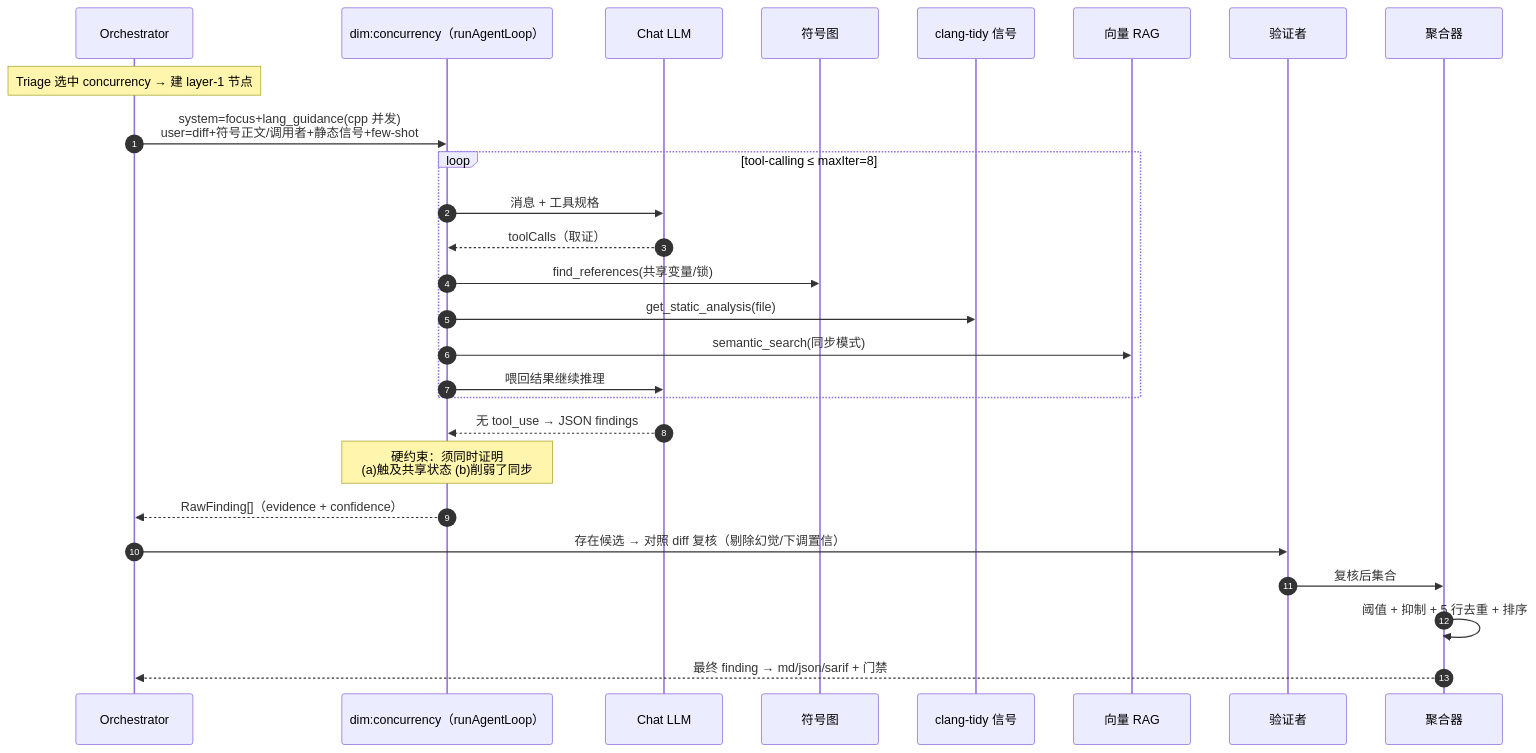
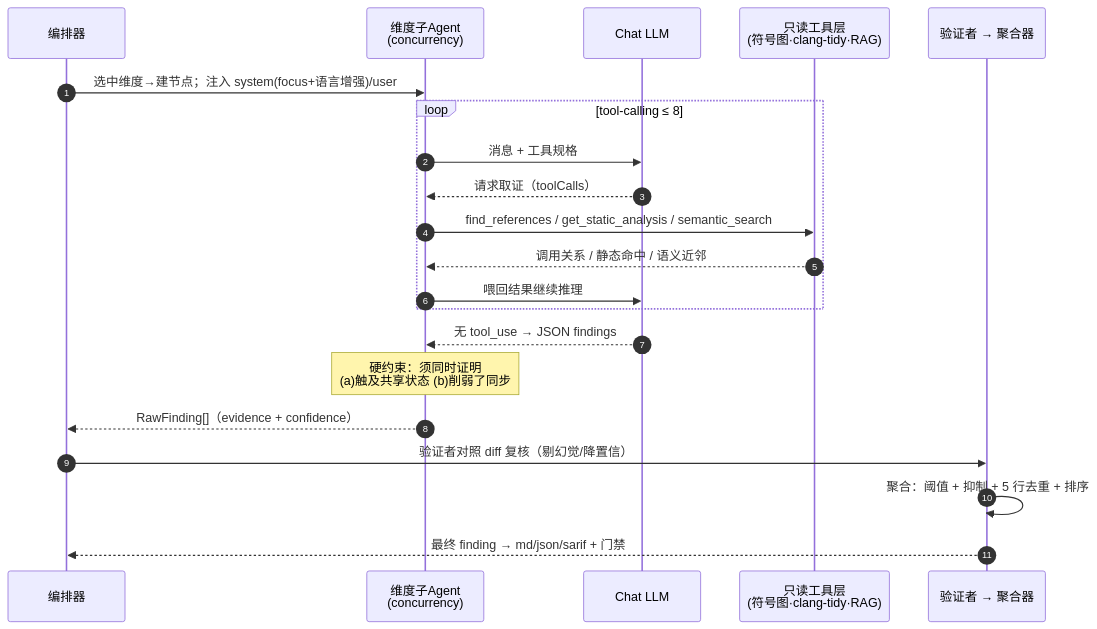
The second of 2 diagrams in book/chapters/08-tools-verifier-aggregator.md (kavinChan13/reviewforge), drawn with Mermaid before and after one commit. The commit also changed 3 other files, not shown here.

Commit message:
docs(book): slim wide sequence diagrams to 5 lanes; fit-to-width rendering

````diff
--- a/book/chapters/08-tools-verifier-aggregator.md
+++ b/book/chapters/08-tools-verifier-aggregator.md
@@ -115,30 +115,24 @@
 ```mermaid
 sequenceDiagram
     autonumber
-    participant ORCH as Orchestrator
-    participant NODE as dim:concurrency（runAgentLoop）
+    participant ORCH as 编排器
+    participant NODE as 维度子Agent<br/>(concurrency)
     participant LLM as Chat LLM
-    participant SYM as 符号图
-    participant SA as clang-tidy 信号
-    participant VEC as 向量 RAG
-    participant VER as 验证者
-    participant AGG as 聚合器
+    participant TOOLS as 只读工具层<br/>(符号图·clang-tidy·RAG)
+    participant POST as 验证者 → 聚合器
 
-    Note over ORCH: Triage 选中 concurrency → 建 layer-1 节点
-    ORCH->>NODE: system=focus+lang_guidance(cpp 并发)<br/>user=diff+符号正文/调用者+静态信号+few-shot
-    loop tool-calling ≤ maxIter=8
+    ORCH->>NODE: 选中维度→建节点；注入 system(focus+语言增强)/user
+    loop tool-calling ≤ 8
         NODE->>LLM: 消息 + 工具规格
-        LLM-->>NODE: toolCalls（取证）
-        NODE->>SYM: find_references(共享变量/锁)
-        NODE->>SA: get_static_analysis(file)
-        NODE->>VEC: semantic_search(同步模式)
+        LLM-->>NODE: 请求取证（toolCalls）
+        NODE->>TOOLS: find_references / get_static_analysis / semantic_search
+        TOOLS-->>NODE: 调用关系 / 静态命中 / 语义近邻
         NODE->>LLM: 喂回结果继续推理
     end
     LLM-->>NODE: 无 tool_use → JSON findings
     Note over NODE: 硬约束：须同时证明<br/>(a)触及共享状态 (b)削弱了同步
     NODE-->>ORCH: RawFinding[]（evidence + confidence）
-    ORCH->>VER: 存在候选 → 对照 diff 复核（剔除幻觉/下调置信）
-    VER->>AGG: 复核后集合
-    AGG->>AGG: 阈值 + 抑制 + 5 行去重 + 排序
-    AGG-->>ORCH: 最终 finding → md/json/sarif + 门禁
+    ORCH->>POST: 验证者对照 diff 复核（剔幻觉/降置信）
+    POST->>POST: 聚合：阈值 + 抑制 + 5 行去重 + 排序
+    POST-->>ORCH: 最终 finding → md/json/sarif + 门禁
 ```
````
